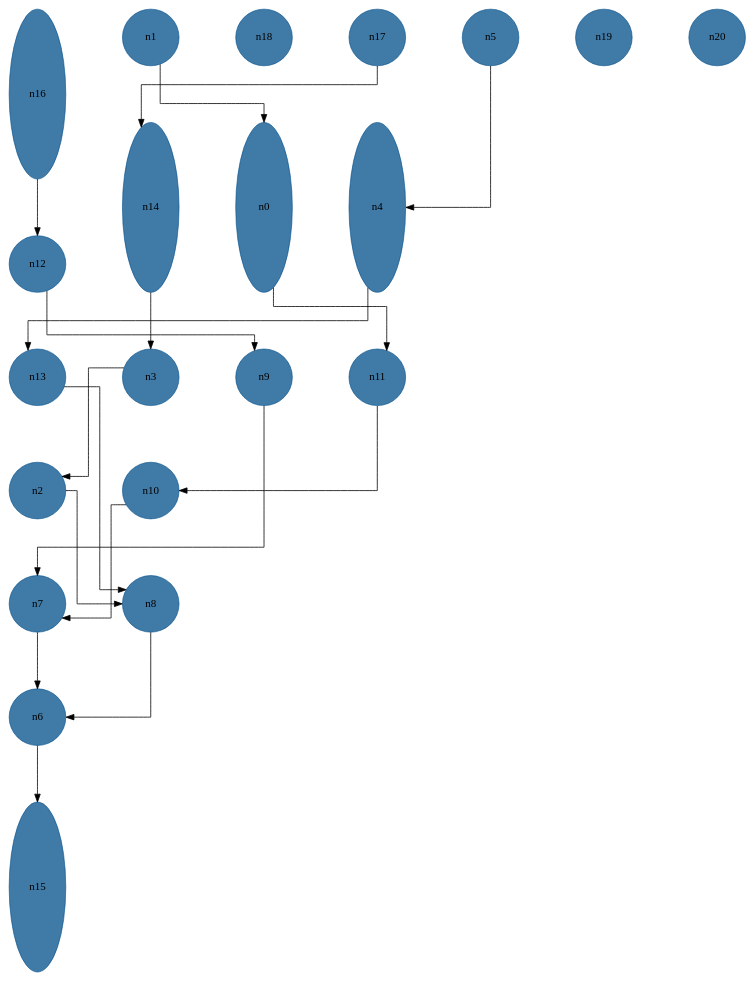
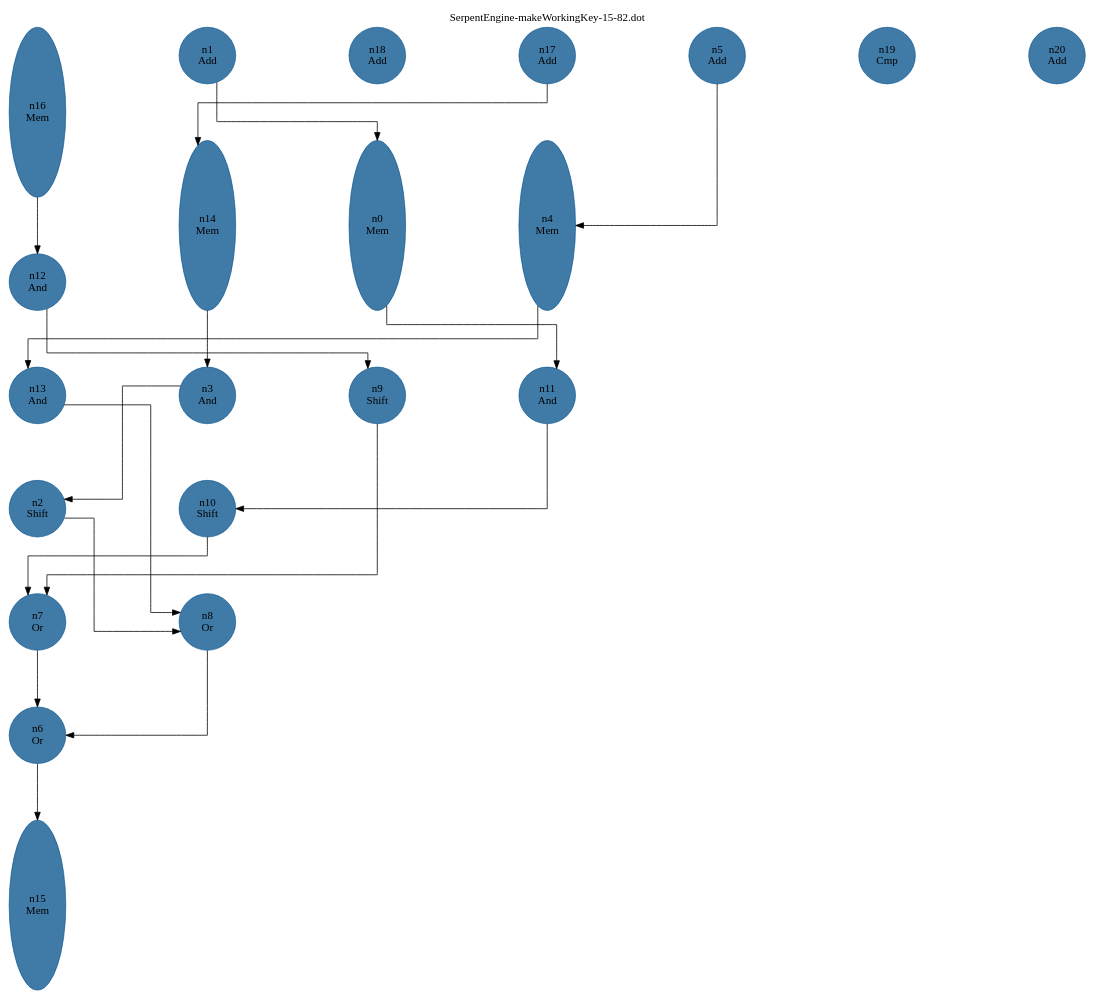
Before and after one commit to Chancenloslu/SDC: the diagram in scheduler-framework-master/schedules/ASAP_SerpentEngine-makeWorkingKey-15-82.dot, drawn with Graphviz. The commit also changed 9 other files, not shown here.

```diff
--- a/scheduler-framework-master/schedules/ASAP_SerpentEngine-makeWorkingKey-15-82.dot
+++ b/scheduler-framework-master/schedules/ASAP_SerpentEngine-makeWorkingKey-15-82.dot
@@ -1,43 +1,45 @@
 //do not use DOT to generate pdf use NEATO or FDP
 digraph{
 layout="neato";
 splines="ortho";
-n16[shape="ellipse", style="filled", color="#004E8ABF", pos="0,17!", height="3", width="1"];
+label="SerpentEngine-makeWorkingKey-15-82.dot"
+labelloc  =  t
+n16[label="n16\nMem"shape="ellipse", style="filled", color="#004E8ABF", pos="0,17!", height="3", width="1"];
 n16 -> n12;
-n1[shape="ellipse", style="filled", color="#004E8ABF", pos="2,18!", height="1", width="1"];
+n1[label="n1\nAdd"shape="ellipse", style="filled", color="#004E8ABF", pos="3,18!", height="1", width="1"];
 n1 -> n0;
-n18[shape="ellipse", style="filled", color="#004E8ABF", pos="4,18!", height="1", width="1"];
-n17[shape="ellipse", style="filled", color="#004E8ABF", pos="6,18!", height="1", width="1"];
+n18[label="n18\nAdd"shape="ellipse", style="filled", color="#004E8ABF", pos="6,18!", height="1", width="1"];
+n17[label="n17\nAdd"shape="ellipse", style="filled", color="#004E8ABF", pos="9,18!", height="1", width="1"];
 n17 -> n14;
-n5[shape="ellipse", style="filled", color="#004E8ABF", pos="8,18!", height="1", width="1"];
+n5[label="n5\nAdd"shape="ellipse", style="filled", color="#004E8ABF", pos="12,18!", height="1", width="1"];
 n5 -> n4;
-n19[shape="ellipse", style="filled", color="#004E8ABF", pos="10,18!", height="1", width="1"];
-n20[shape="ellipse", style="filled", color="#004E8ABF", pos="12,18!", height="1", width="1"];
-n14[shape="ellipse", style="filled", color="#004E8ABF", pos="2,15!", height="3", width="1"];
+n19[label="n19\nCmp"shape="ellipse", style="filled", color="#004E8ABF", pos="15,18!", height="1", width="1"];
+n20[label="n20\nAdd"shape="ellipse", style="filled", color="#004E8ABF", pos="18,18!", height="1", width="1"];
+n14[label="n14\nMem"shape="ellipse", style="filled", color="#004E8ABF", pos="3,15!", height="3", width="1"];
 n14 -> n3;
-n0[shape="ellipse", style="filled", color="#004E8ABF", pos="4,15!", height="3", width="1"];
+n0[label="n0\nMem"shape="ellipse", style="filled", color="#004E8ABF", pos="6,15!", height="3", width="1"];
 n0 -> n11;
-n4[shape="ellipse", style="filled", color="#004E8ABF", pos="6,15!", height="3", width="1"];
+n4[label="n4\nMem"shape="ellipse", style="filled", color="#004E8ABF", pos="9,15!", height="3", width="1"];
 n4 -> n13;
-n12[shape="ellipse", style="filled", color="#004E8ABF", pos="0,14!", height="1", width="1"];
+n12[label="n12\nAnd"shape="ellipse", style="filled", color="#004E8ABF", pos="0,14!", height="1", width="1"];
 n12 -> n9;
-n13[shape="ellipse", style="filled", color="#004E8ABF", pos="0,12!", height="1", width="1"];
+n13[label="n13\nAnd"shape="ellipse", style="filled", color="#004E8ABF", pos="0,12!", height="1", width="1"];
 n13 -> n8;
-n3[shape="ellipse", style="filled", color="#004E8ABF", pos="2,12!", height="1", width="1"];
+n3[label="n3\nAnd"shape="ellipse", style="filled", color="#004E8ABF", pos="3,12!", height="1", width="1"];
 n3 -> n2;
-n9[shape="ellipse", style="filled", color="#004E8ABF", pos="4,12!", height="1", width="1"];
+n9[label="n9\nShift"shape="ellipse", style="filled", color="#004E8ABF", pos="6,12!", height="1", width="1"];
 n9 -> n7;
-n11[shape="ellipse", style="filled", color="#004E8ABF", pos="6,12!", height="1", width="1"];
+n11[label="n11\nAnd"shape="ellipse", style="filled", color="#004E8ABF", pos="9,12!", height="1", width="1"];
 n11 -> n10;
-n2[shape="ellipse", style="filled", color="#004E8ABF", pos="0,10!", height="1", width="1"];
+n2[label="n2\nShift"shape="ellipse", style="filled", color="#004E8ABF", pos="0,10!", height="1", width="1"];
 n2 -> n8;
-n10[shape="ellipse", style="filled", color="#004E8ABF", pos="2,10!", height="1", width="1"];
+n10[label="n10\nShift"shape="ellipse", style="filled", color="#004E8ABF", pos="3,10!", height="1", width="1"];
 n10 -> n7;
-n7[shape="ellipse", style="filled", color="#004E8ABF", pos="0,8!", height="1", width="1"];
+n7[label="n7\nOr"shape="ellipse", style="filled", color="#004E8ABF", pos="0,8!", height="1", width="1"];
 n7 -> n6;
-n8[shape="ellipse", style="filled", color="#004E8ABF", pos="2,8!", height="1", width="1"];
+n8[label="n8\nOr"shape="ellipse", style="filled", color="#004E8ABF", pos="3,8!", height="1", width="1"];
 n8 -> n6;
-n6[shape="ellipse", style="filled", color="#004E8ABF", pos="0,6!", height="1", width="1"];
+n6[label="n6\nOr"shape="ellipse", style="filled", color="#004E8ABF", pos="0,6!", height="1", width="1"];
 n6 -> n15;
-n15[shape="ellipse", style="filled", color="#004E8ABF", pos="0,3!", height="3", width="1"];
+n15[label="n15\nMem"shape="ellipse", style="filled", color="#004E8ABF", pos="0,3!", height="3", width="1"];
 }
```
